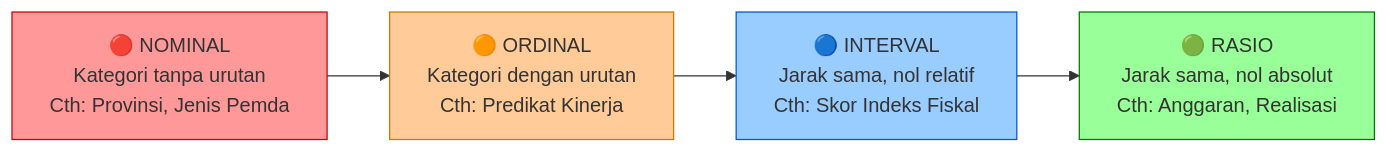
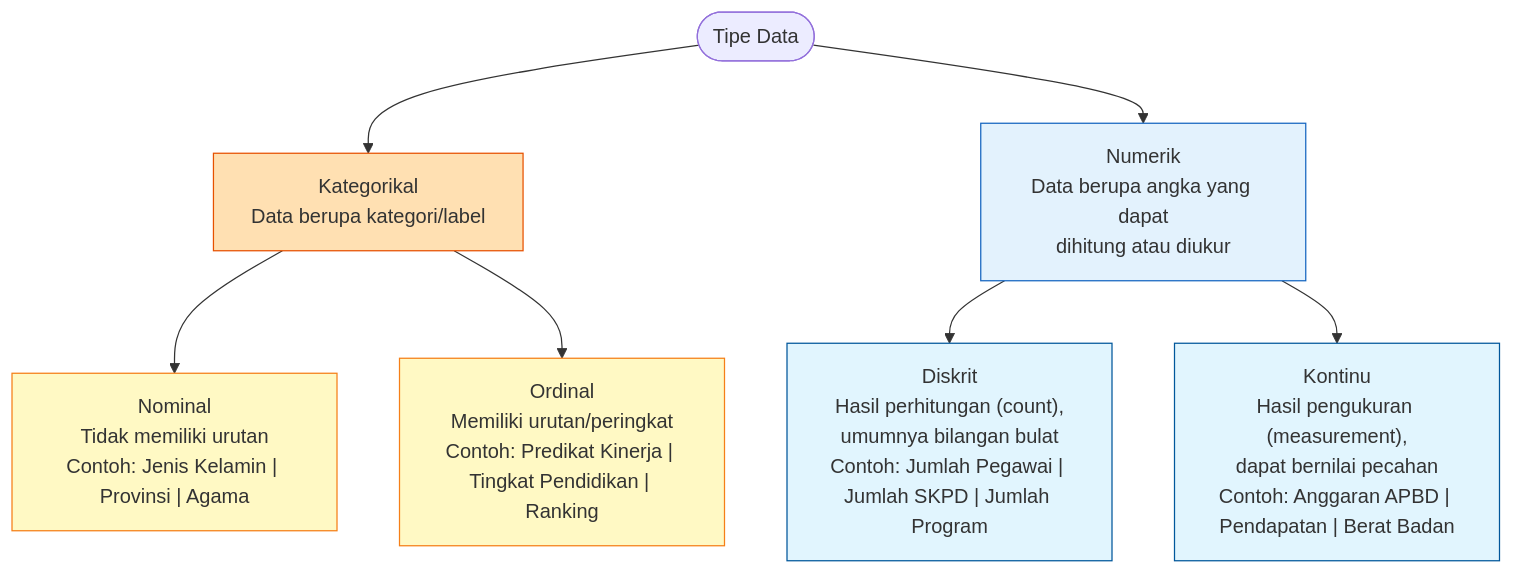
Before and after one commit to petanidata/ADKSP: the first of 5 diagrams in Materi Pendukung/01-Pengenalan Data/pengenalan-tipe-data.md, drawn with Mermaid. The commit also changed other lines of this file, not shown here.

Commit message:
Update Materi Pendukung->pengenalan-tipe-data.md

````diff
--- a/Materi Pendukung/01-Pengenalan Data/pengenalan-tipe-data.md
+++ b/Materi Pendukung/01-Pengenalan Data/pengenalan-tipe-data.md
@@ -108,11 +17,19 @@
 ```mermaid
-flowchart LR
-    A["🔴 NOMINAL\nKategori tanpa urutan\nCth: Provinsi, Jenis Pemda"] --> B["🟠 ORDINAL\nKategori dengan urutan\nCth: Predikat Kinerja"]
-    B --> C["🔵 INTERVAL\nJarak sama, nol relatif\nCth: Skor Indeks Fiskal"]
-    C --> D["🟢 RASIO\nJarak sama, nol absolut\nCth: Anggaran, Realisasi"]
-    
-    style A fill:#ff9999,stroke:#cc0000
-    style B fill:#ffcc99,stroke:#cc7700
-    style C fill:#99ccff,stroke:#0055cc
-    style D fill:#99ff99,stroke:#007700
+flowchart TD
+    TD(["Tipe Data"])
+    TD --> KAT["Kategorikal\nData berupa kategori/label"]
+    TD --> NUM["Numerik\nData berupa angka yang dapat\ndihitung atau diukur"]
+
+    KAT --> NOM["Nominal\nTidak memiliki urutan\nContoh: Jenis Kelamin | Provinsi | Agama"]
+    KAT --> ORD["Ordinal\nMemiliki urutan/peringkat\nContoh: Predikat Kinerja | Tingkat Pendidikan | Ranking"]
+
+    NUM --> DIS["Diskrit\nHasil perhitungan (count),\numumnya bilangan bulat\nContoh: Jumlah Pegawai | Jumlah SKPD | Jumlah Program"]
+    NUM --> KON["Kontinu\nHasil pengukuran (measurement),\ndapat bernilai pecahan\nContoh: Anggaran APBD | Pendapatan | Berat Badan"]
+
+    style KAT fill:#ffe0b2,stroke:#e65100
+    style NUM fill:#e3f2fd,stroke:#1565c0
+    style NOM fill:#fff9c4,stroke:#f57f17
+    style ORD fill:#fff9c4,stroke:#f57f17
+    style DIS fill:#e1f5fe,stroke:#01579b
+    style KON fill:#e1f5fe,stroke:#01579b
 ```
````
